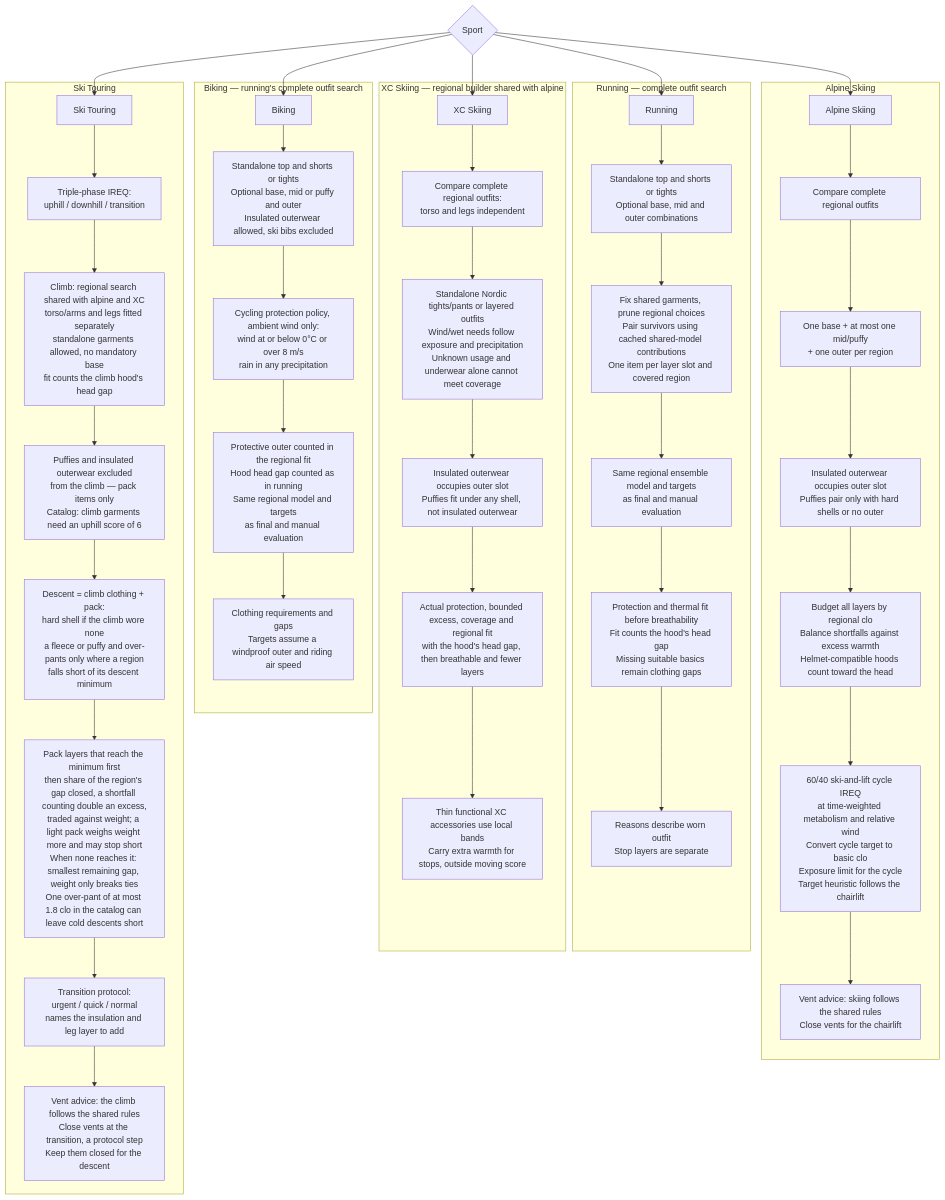
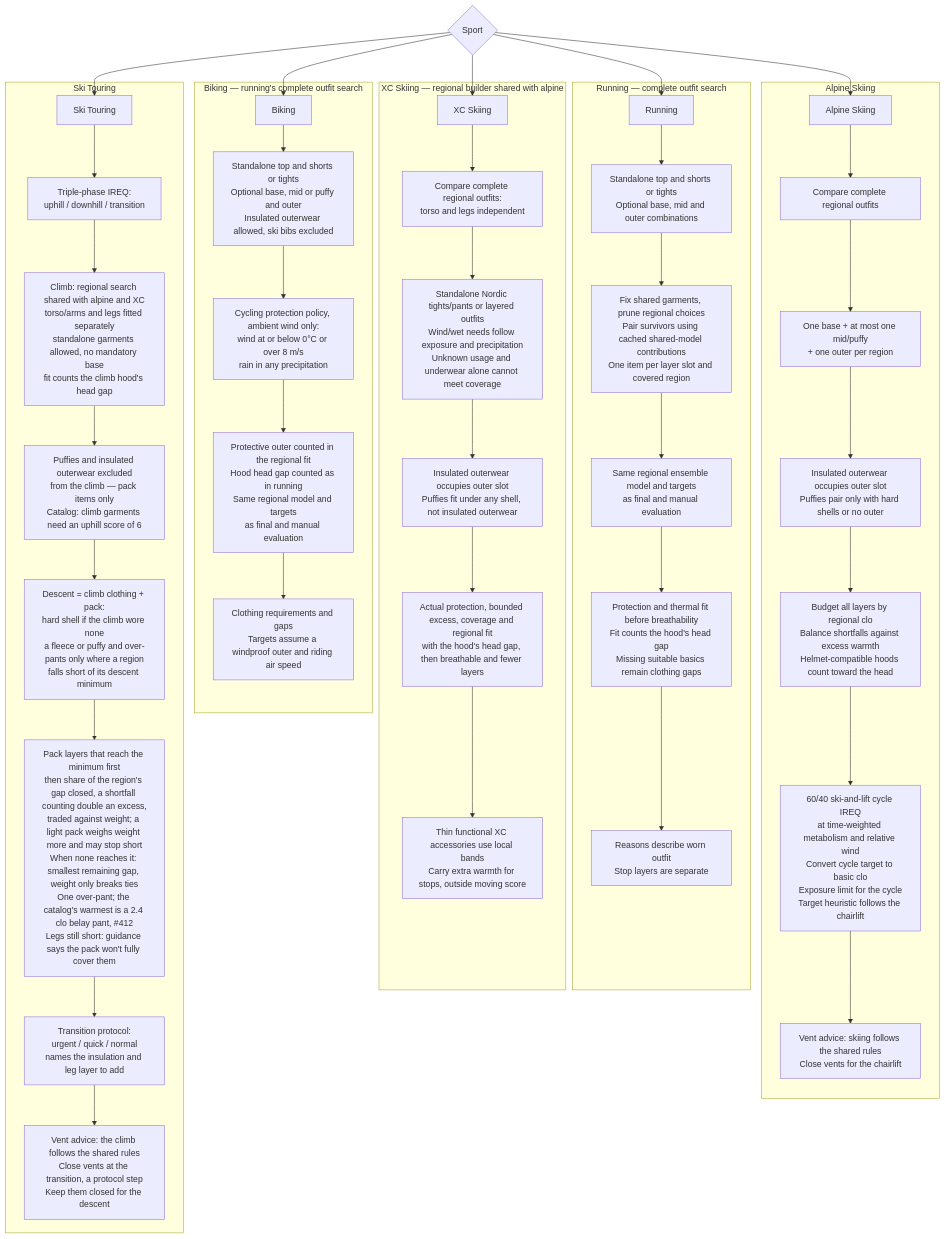
Before and after one commit to derobertsw/swttr: the fourth of 7 diagrams in README.md, drawn with Mermaid. The commit also changed 9 other files, not shown here.

First line of the commit message:
Close the cold touring descent leg shortfall (#412) (#421)

````diff
--- a/README.md
+++ b/README.md
@@ -194,50 +194,50 @@
 ```mermaid
 graph TD
     SPORT{Sport} --> RUN[Running]
     SPORT --> BIKE[Biking]
     SPORT --> ALP[Alpine Skiing]
     SPORT --> XC[XC Skiing]
     SPORT --> TOUR[Ski Touring]
 
     subgraph "Running — complete outfit search"
         RUN --> R1[Standalone top and shorts or tights<br/>Optional base, mid and outer combinations]
         R1 --> R2[Fix shared garments, prune regional choices<br/>Pair survivors using cached shared-model contributions<br/>One item per layer slot and covered region]
         R2 --> R3[Same regional ensemble model and targets<br/>as final and manual evaluation]
         R3 --> R4[Protection and thermal fit before breathability<br/>Fit counts the hood's head gap<br/>Missing suitable basics remain clothing gaps]
         R4 --> R5[Reasons describe worn outfit<br/>Stop layers are separate]
     end
 
     subgraph "Biking — running's complete outfit search"
         BIKE --> B1[Standalone top and shorts or tights<br/>Optional base, mid or puffy and outer<br/>Insulated outerwear allowed, ski bibs excluded]
         B1 --> B2[Cycling protection policy, ambient wind only:<br/>wind at or below 0°C or over 8 m/s<br/>rain in any precipitation]
         B2 --> B3[Protective outer counted in the regional fit<br/>Hood head gap counted as in running<br/>Same regional model and targets<br/>as final and manual evaluation]
         B3 --> B4[Clothing requirements and gaps<br/>Targets assume a windproof outer and riding air speed]
     end
 
     subgraph "Alpine Skiing"
         ALP --> A1[Compare complete regional outfits]
         A1 --> A2[One base + at most one mid/puffy<br/>+ one outer per region]
         A2 --> A3[Insulated outerwear occupies outer slot<br/>Puffies pair only with hard shells or no outer]
         A3 --> A4[Budget all layers by regional clo<br/>Balance shortfalls against excess warmth<br/>Helmet-compatible hoods count toward the head]
         A4 --> A5[60/40 ski-and-lift cycle IREQ<br/>at time-weighted metabolism and relative wind<br/>Convert cycle target to basic clo<br/>Exposure limit for the cycle<br/>Target heuristic follows the chairlift]
         A5 --> A6[Vent advice: skiing follows the shared rules<br/>Close vents for the chairlift]
     end
 
     subgraph "XC Skiing — regional builder shared with alpine"
         XC --> X1[Compare complete regional outfits:<br/>torso and legs independent]
         X1 --> X2[Standalone Nordic tights/pants or layered outfits<br/>Wind/wet needs follow exposure and precipitation<br/>Unknown usage and underwear alone cannot meet coverage]
         X2 --> X3[Insulated outerwear occupies outer slot<br/>Puffies fit under any shell, not insulated outerwear]
         X3 --> X4[Actual protection, bounded excess, coverage and regional fit<br/>with the hood's head gap, then breathable and fewer layers]
         X4 --> X5[Thin functional XC accessories use local bands<br/>Carry extra warmth for stops, outside moving score]
     end
 
     subgraph "Ski Touring"
         TOUR --> T1a[Triple-phase IREQ:<br/>uphill / downhill / transition]
         T1a --> T2a[Climb: regional search shared with alpine and XC<br/>torso/arms and legs fitted separately<br/>standalone garments allowed, no mandatory base<br/>fit counts the climb hood's head gap]
         T2a --> T3a[Puffies and insulated outerwear excluded<br/>from the climb — pack items only<br/>Catalog: climb garments need an uphill score of 6]
         T3a --> T4a[Descent = climb clothing + pack:<br/>hard shell if the climb wore none<br/>a fleece or puffy and over-pants only where a region<br/>falls short of its descent minimum]
-        T4a --> T6a[Pack layers that reach the minimum first<br/>then share of the region's gap closed, a shortfall counting double an excess,<br/>traded against weight; a light pack weighs weight more and may stop short<br/>When none reaches it: smallest remaining gap, weight only breaks ties<br/>One over-pant of at most 1.8 clo in the catalog can leave cold descents short]
+        T4a --> T6a[Pack layers that reach the minimum first<br/>then share of the region's gap closed, a shortfall counting double an excess,<br/>traded against weight; a light pack weighs weight more and may stop short<br/>When none reaches it: smallest remaining gap, weight only breaks ties<br/>One over-pant; the catalog's warmest is a 2.4 clo belay pant, #412<br/>Legs still short: guidance says the pack won't fully cover them]
         T6a --> T5a[Transition protocol:<br/>urgent / quick / normal<br/>names the insulation and leg layer to add]
         T5a --> T7a[Vent advice: the climb follows the shared rules<br/>Close vents at the transition, a protocol step<br/>Keep them closed for the descent]
     end
 ```
````
